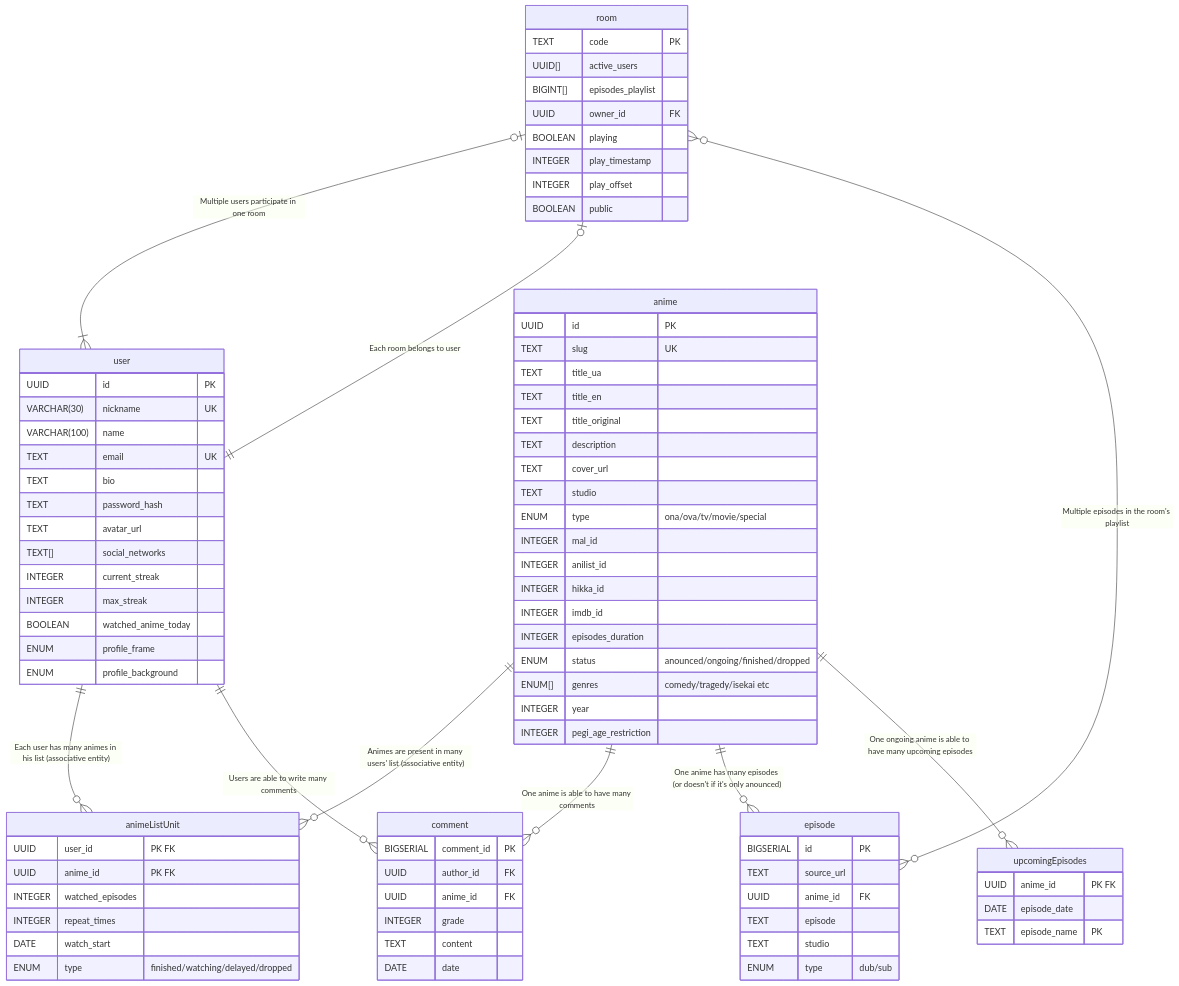
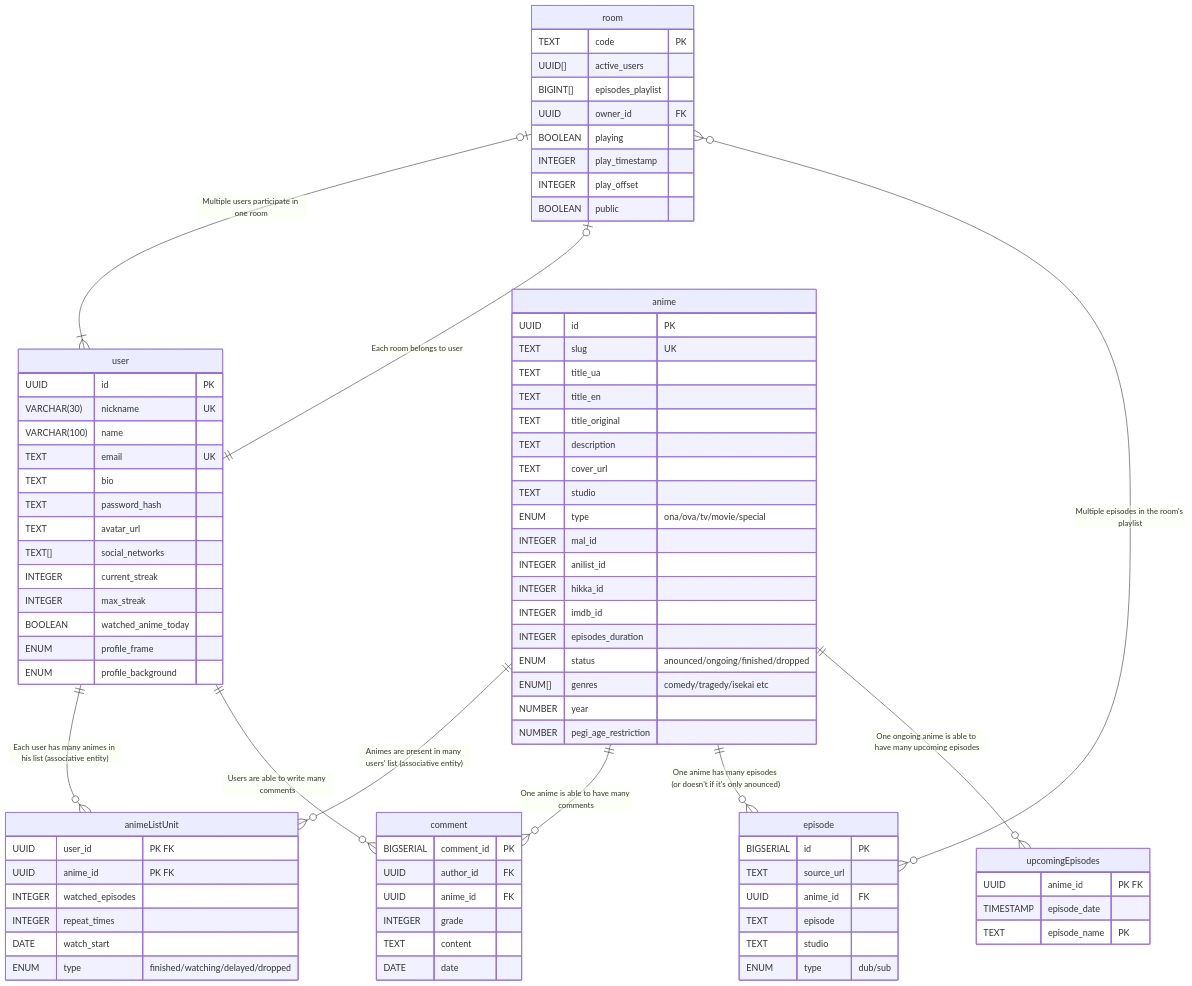
The diagram in labs/1 - ER Diagram/erd.mmd (dadencukillia/db-intro-course), drawn with Mermaid before and after one commit. The commit also changed other lines of this file and 1 other file, not shown here.

Commit message:
fix(lab1): erd data type 'date' changed to 'timestamp' in upcomingEpisde

```diff
--- a/labs/1 - ER Diagram/erd.mmd
+++ b/labs/1 - ER Diagram/erd.mmd
@@ -1,91 +1,91 @@
-erDiagram
+  erDiagram
   user {
     UUID id  "PK"  
     VARCHAR(30) nickname  "UK"  
     VARCHAR(100) name  ""  
     TEXT email  "UK"  
     TEXT bio  ""  
     TEXT password_hash  ""  
     TEXT avatar_url  ""  
     TEXT[] social_networks  ""  
     INTEGER current_streak  ""  
     INTEGER max_streak  ""  
     BOOLEAN watched_anime_today  ""  
     ENUM profile_frame  ""  
     ENUM profile_background  ""  
   }
 
   anime {
     UUID id  "PK"  
     TEXT slug  "UK"  
     TEXT title_ua  ""  
     TEXT title_en  ""  
     TEXT title_original  ""  
     TEXT description  ""  
     TEXT cover_url  ""  
     TEXT studio  ""
     ENUM type "ona/ova/tv/movie/special"
     INTEGER mal_id  ""  
     INTEGER anilist_id  ""  
     INTEGER hikka_id  ""  
     INTEGER imdb_id  ""  
     INTEGER episodes_duration  ""  
     ENUM status  "anounced/ongoing/finished/dropped"  
     ENUM[] genres  "comedy/tragedy/isekai etc"  
-    INTEGER year  ""  
-    INTEGER pegi_age_restriction  ""  
+    NUMBER year  ""  
+    NUMBER pegi_age_restriction  ""  
   }
 
   episode {
     BIGSERIAL id "PK"
     TEXT source_url  ""  
     UUID anime_id  "FK"  
     TEXT episode  ""
     TEXT studio  ""
     ENUM type  "dub/sub"  
   }
 
   comment {
     BIGSERIAL comment_id "PK"
     UUID author_id "FK"
     UUID anime_id  "FK"
     INTEGER grade
     TEXT content
     DATE date
   }
 
   room {
     TEXT code "PK"
     UUID[] active_users
     BIGINT[] episodes_playlist
     UUID owner_id "FK"
     BOOLEAN playing
     INTEGER play_timestamp
     INTEGER play_offset
     BOOLEAN public
   }
 
   animeListUnit {
     UUID user_id "PK FK"
     UUID anime_id "PK FK"
     INTEGER watched_episodes
     INTEGER repeat_times
     DATE watch_start
     ENUM type "finished/watching/delayed/dropped"
   }
 
   upcomingEpisodes {
     UUID anime_id "PK FK"
-    DATE episode_date
+    TIMESTAMP episode_date
     TEXT episode_name "PK" 
   }
 
   anime ||--O{ animeListUnit : "Animes are present in many users' list (associative entity)"
   user ||--O{ animeListUnit : "Each user has many animes in his list (associative entity)" 
   room |O--|{ user : "Multiple users participate in one room"
   room |O--|| user : "Each room belongs to user"
   room }O--O{ episode : "Multiple episodes in the room's playlist"
   user ||--O{ comment : "Users are able to write many comments"
   anime ||--O{ comment : "One anime is able to have many comments"
   anime ||--O{ episode : "One anime has many episodes (or doesn't if it's only anounced)"
   anime ||--O{ upcomingEpisodes : "One ongoing anime is able to have many upcoming episodes"
```
